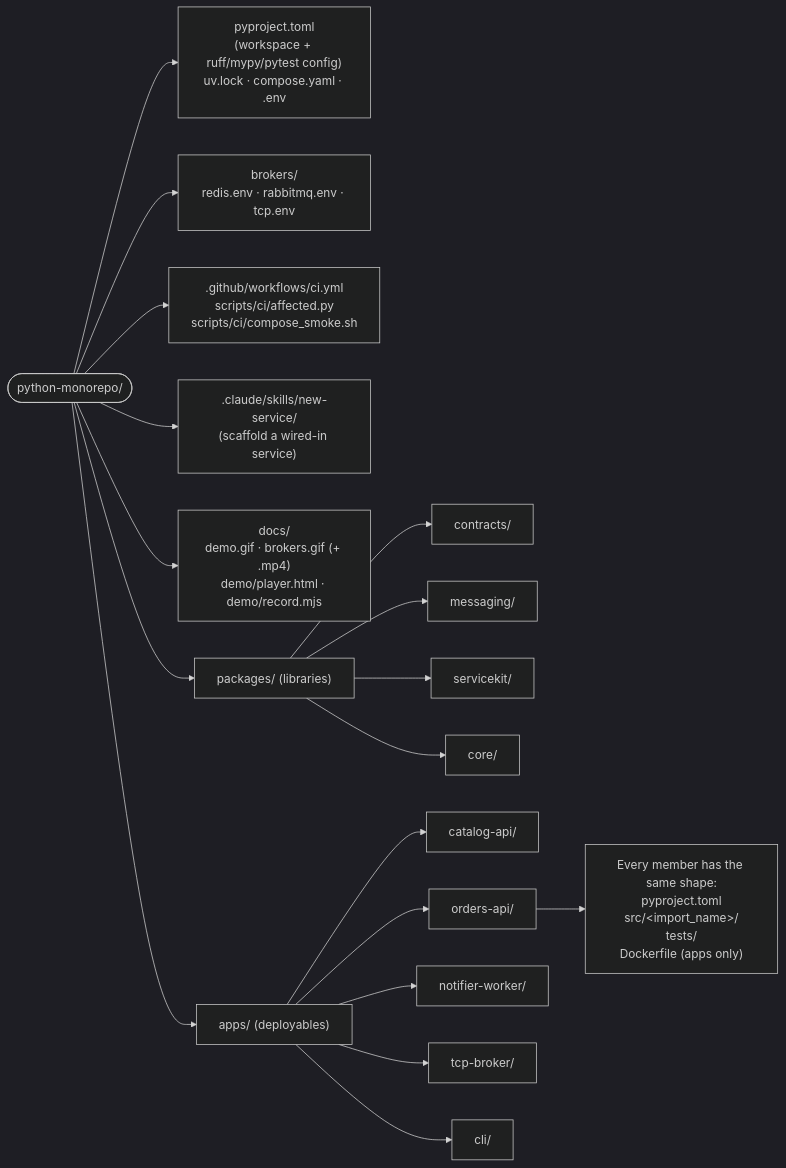
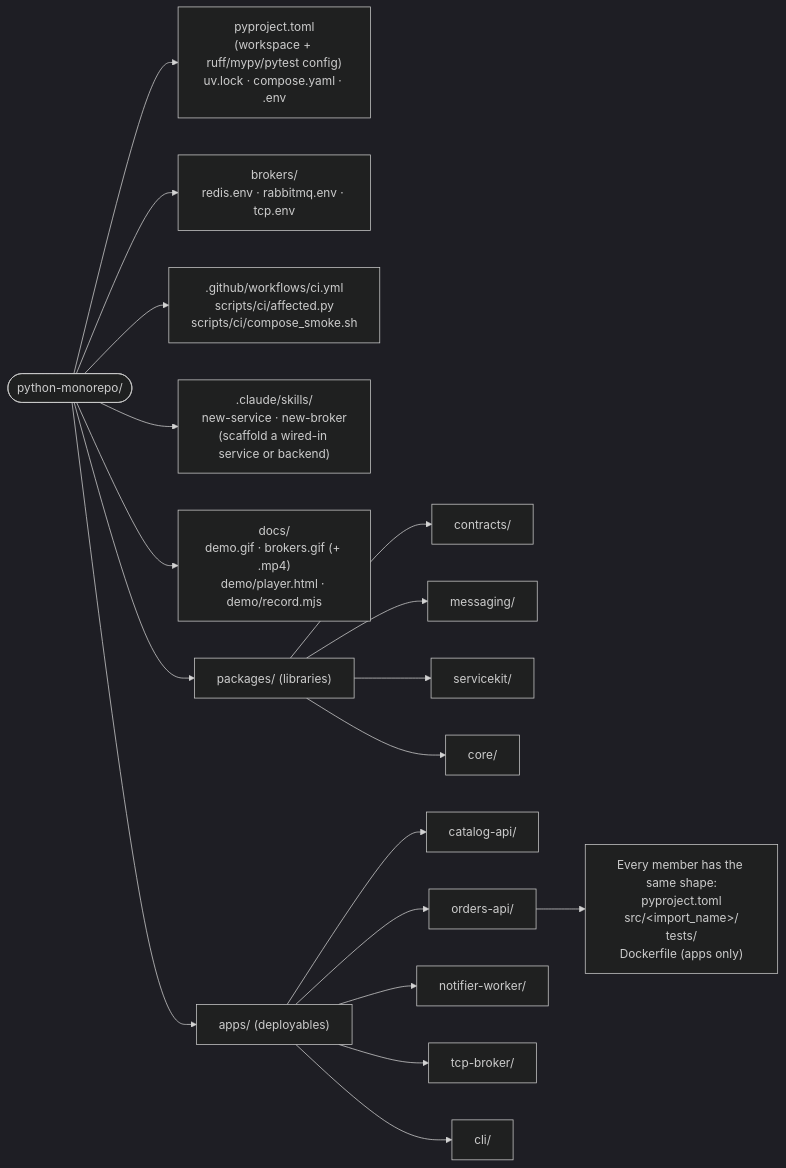
One commit to sovikroy/python-monorepo changed the first of 12 diagrams in ARCHITECTURE.md. Above: the diagram before and after it, drawn with Mermaid (dark theme). The commit also changed other lines of this file and 7 other files, not shown here.

````diff
--- a/ARCHITECTURE.md
+++ b/ARCHITECTURE.md
@@ -40,25 +40,25 @@
 ```mermaid
 flowchart LR
     root(["python-monorepo/"])
 
     root --> rootfiles["pyproject.toml<br/>(workspace + ruff/mypy/pytest config)<br/>uv.lock · compose.yaml · .env"]
     root --> brokers["brokers/<br/>redis.env · rabbitmq.env · tcp.env"]
     root --> ci[".github/workflows/ci.yml<br/>scripts/ci/affected.py<br/>scripts/ci/compose_smoke.sh"]
-    root --> tooling[".claude/skills/new-service/<br/>(scaffold a wired-in service)"]
+    root --> tooling[".claude/skills/<br/>new-service · new-broker<br/>(scaffold a wired-in service or backend)"]
     root --> docs["docs/<br/>demo.gif · brokers.gif (+ .mp4)<br/>demo/player.html · demo/record.mjs"]
     root --> pkgs["packages/ (libraries)"]
     root --> apps["apps/ (deployables)"]
 
     pkgs --> contracts["contracts/"]
     pkgs --> messaging["messaging/"]
     pkgs --> servicekit["servicekit/"]
     pkgs --> core["core/"]
 
     apps --> catalog["catalog-api/"]
     apps --> orders["orders-api/"]
     apps --> notifier["notifier-worker/"]
     apps --> tcpb["tcp-broker/"]
     apps --> cli["cli/"]
 
     orders --> member["Every member has the same shape:<br/>pyproject.toml<br/>src/&lt;import_name&gt;/<br/>tests/<br/>Dockerfile (apps only)"]
 ```
````
